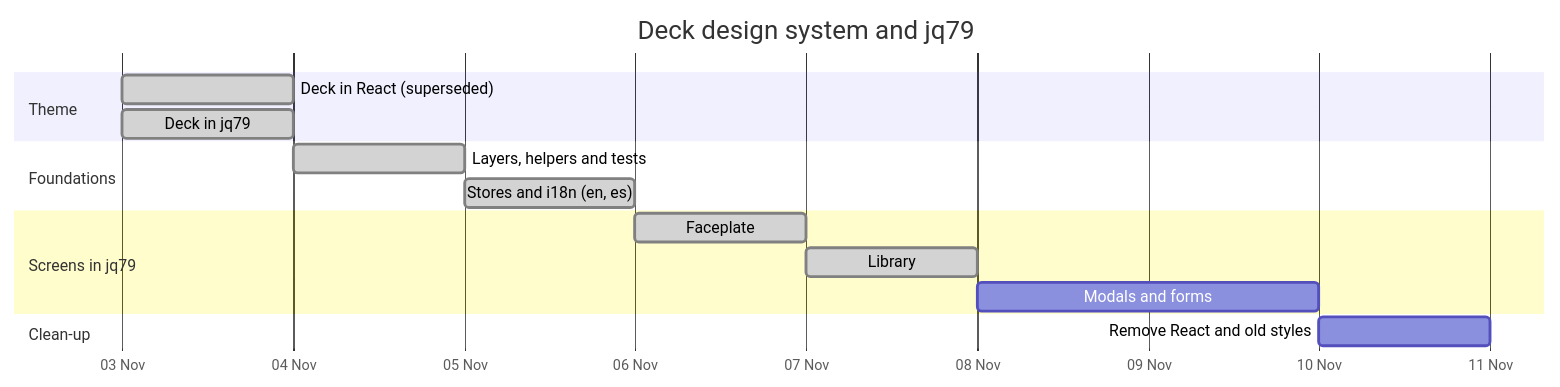
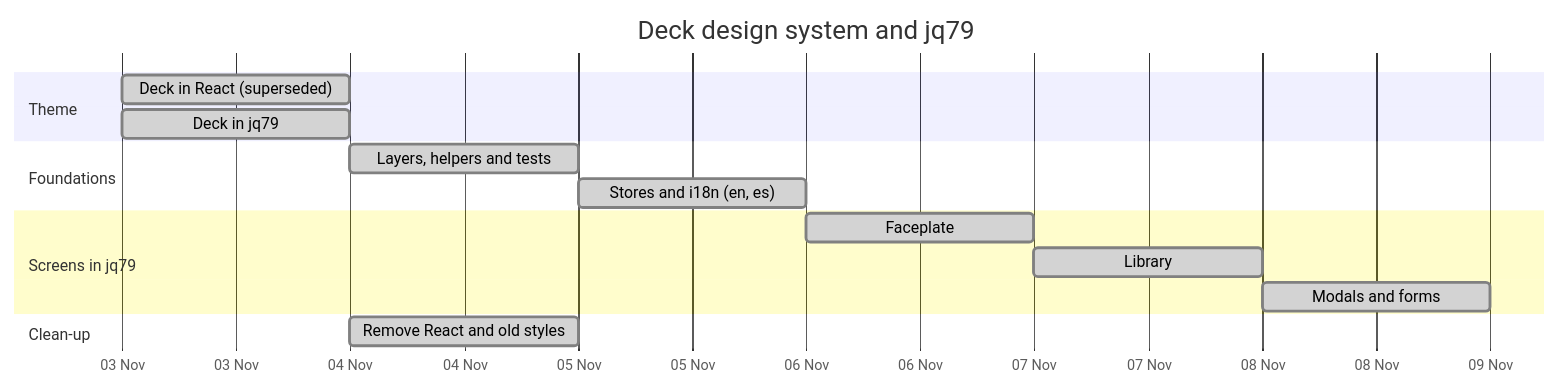
Before and after one commit to jgermade/jackbird: the diagram in ROADMAP/2026-11-03/deck-design-system.md, drawn with Mermaid. The commit also changed other lines of this file and 49 other files, not shown here.

First line of the commit message:
feat(app): dialogs, session and verifier in jq79 and lib, drop React and the legacy stylesheet

````diff
--- a/ROADMAP/2026-11-03/deck-design-system.md
+++ b/ROADMAP/2026-11-03/deck-design-system.md
@@ -8,18 +9,18 @@
 ```mermaid
 gantt
   title Deck design system and jq79
   dateFormat YYYY-MM-DD
   axisFormat %d %b
   section Theme
     Deck in React (superseded)         :done, react, 2026-11-03, 1d
     Deck in jq79                       :done, theme, 2026-11-03, 1d
   section Foundations
     Layers, helpers and tests          :done, layers, after theme, 1d
     Stores and i18n (en, es)           :done, stores, after layers, 1d
   section Screens in jq79
     Faceplate                          :done, face, after stores, 1d
     Library                            :done, lib, after face, 1d
-    Modals and forms                   :forms, after lib, 2d
+    Modals and forms                   :done, forms, after lib, 1d
   section Clean-up
-    Remove React and old styles        :clean, after forms, 1d
+    Remove React and old styles        :done, clean, 2026-11-04, 1d
 ```
````
